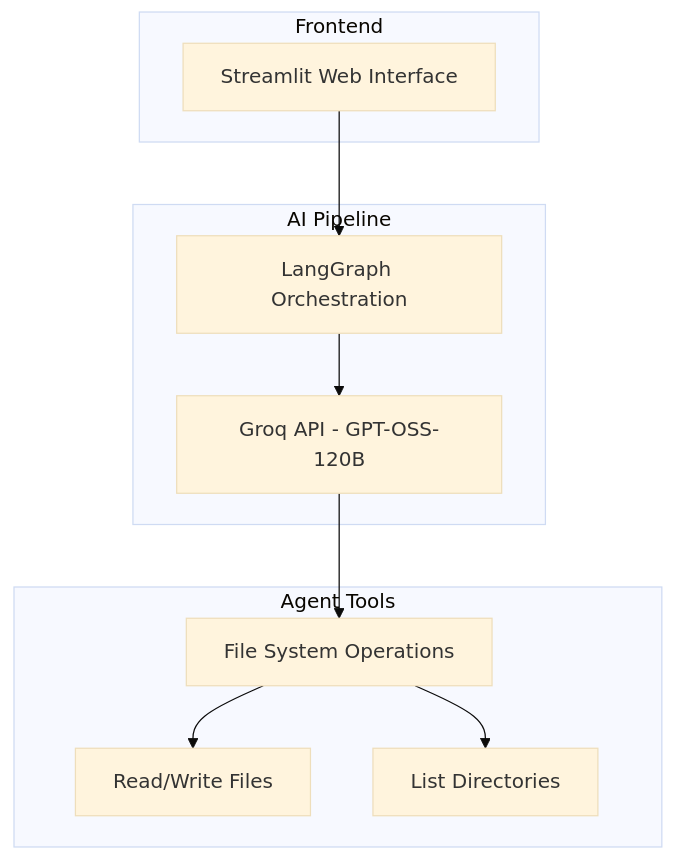
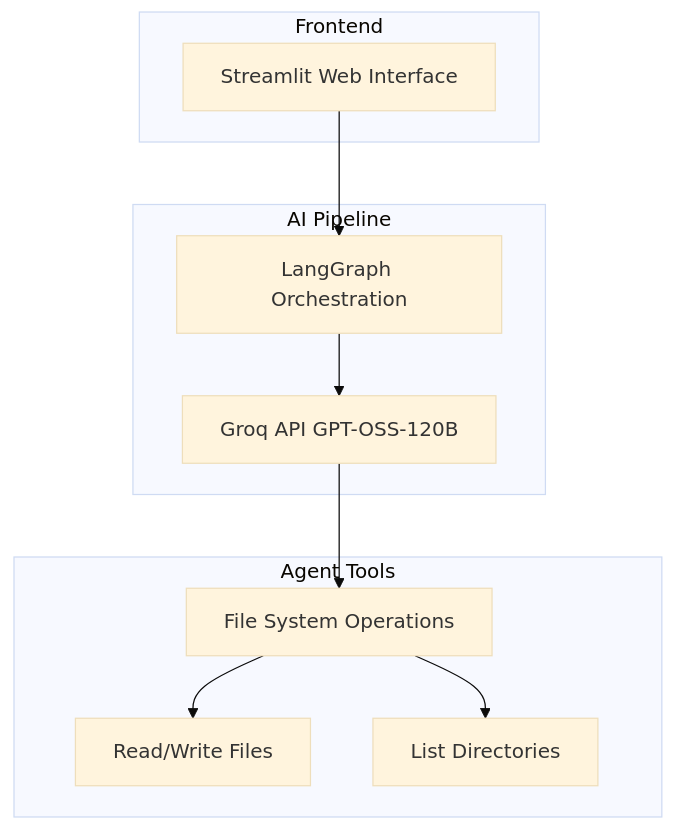
One commit to KshitizCodeHub/Architect_AI changed the fourth of 4 diagrams in README.md. Above: the diagram before and after it, drawn with Mermaid (base theme). The commit also changed other lines of this file, not shown here.

````diff
--- a/README.md
+++ b/README.md
@@ -229,23 +229,23 @@
 ```mermaid
 graph TB
-    subgraph "Frontend"
+    subgraph Frontend
         UI[Streamlit Web Interface]
     end
     
-    subgraph "AI Pipeline"
+    subgraph Pipeline [AI Pipeline]
         LG[LangGraph Orchestration]
-        Model[Groq API - GPT-OSS-120B]
+        Model[Groq API GPT-OSS-120B]
     end
     
-    subgraph "Agent Tools"
+    subgraph Tools [Agent Tools]
         FS[File System Operations]
         RW[Read/Write Files]
         LD[List Directories]
     end
     
     UI --> LG
     LG --> Model
     Model --> FS
     FS --> RW
     FS --> LD
 ```
````
